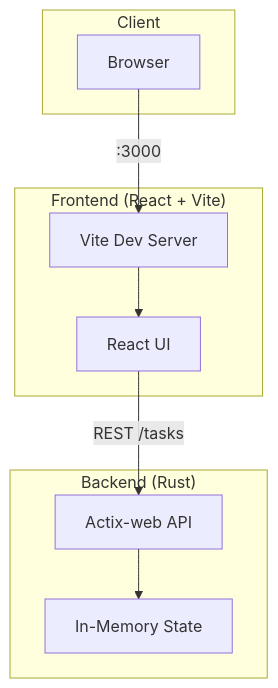
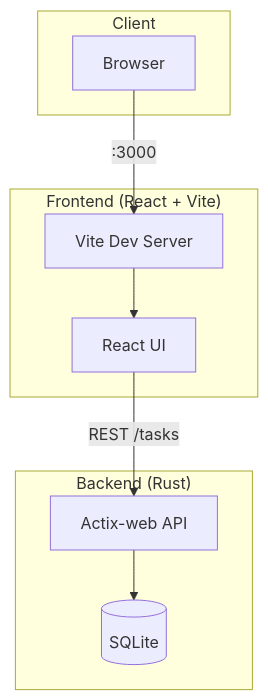
Before and after one commit to obikata/task-manager: the diagram in README.md, drawn with Mermaid. The commit also changed other lines of this file and 3 other files, not shown here.

````diff
--- a/README.md
+++ b/README.md
@@ -16,21 +16,21 @@
 ```mermaid
 flowchart TB
     subgraph Client["Client"]
         Browser["Browser"]
     end
 
     subgraph Frontend["Frontend (React + Vite)"]
         UI["React UI"]
         Vite["Vite Dev Server"]
     end
 
     subgraph Backend["Backend (Rust)"]
         API["Actix-web API"]
-        State["In-Memory State"]
+        DB[(SQLite)]
     end
 
     Browser -->|":3000"| Vite
     Vite --> UI
     UI -->|"REST /tasks"| API
-    API --> State
+    API --> DB
 ```
````
